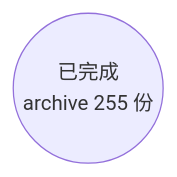
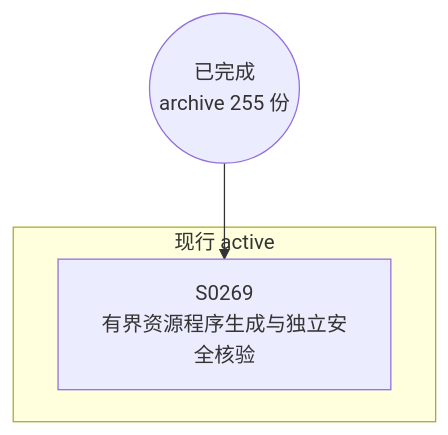
Before and after one commit to Halckon/Koven: the diagram in docs/specs/dependency-graph.md, drawn with Mermaid. The commit also changed other lines of this file and 11 other files, not shown here.

````diff
--- a/docs/specs/dependency-graph.md
+++ b/docs/specs/dependency-graph.md
@@ -9,4 +9,8 @@
 ```mermaid
 flowchart TD
 ARCH(("已完成<br/>archive 255 份"))
+subgraph Gactive["现行 active"]
+  S0269["S0269<br/>有界资源程序生成与独立安全核验"]
+end
+ARCH --> S0269
 ```
````
